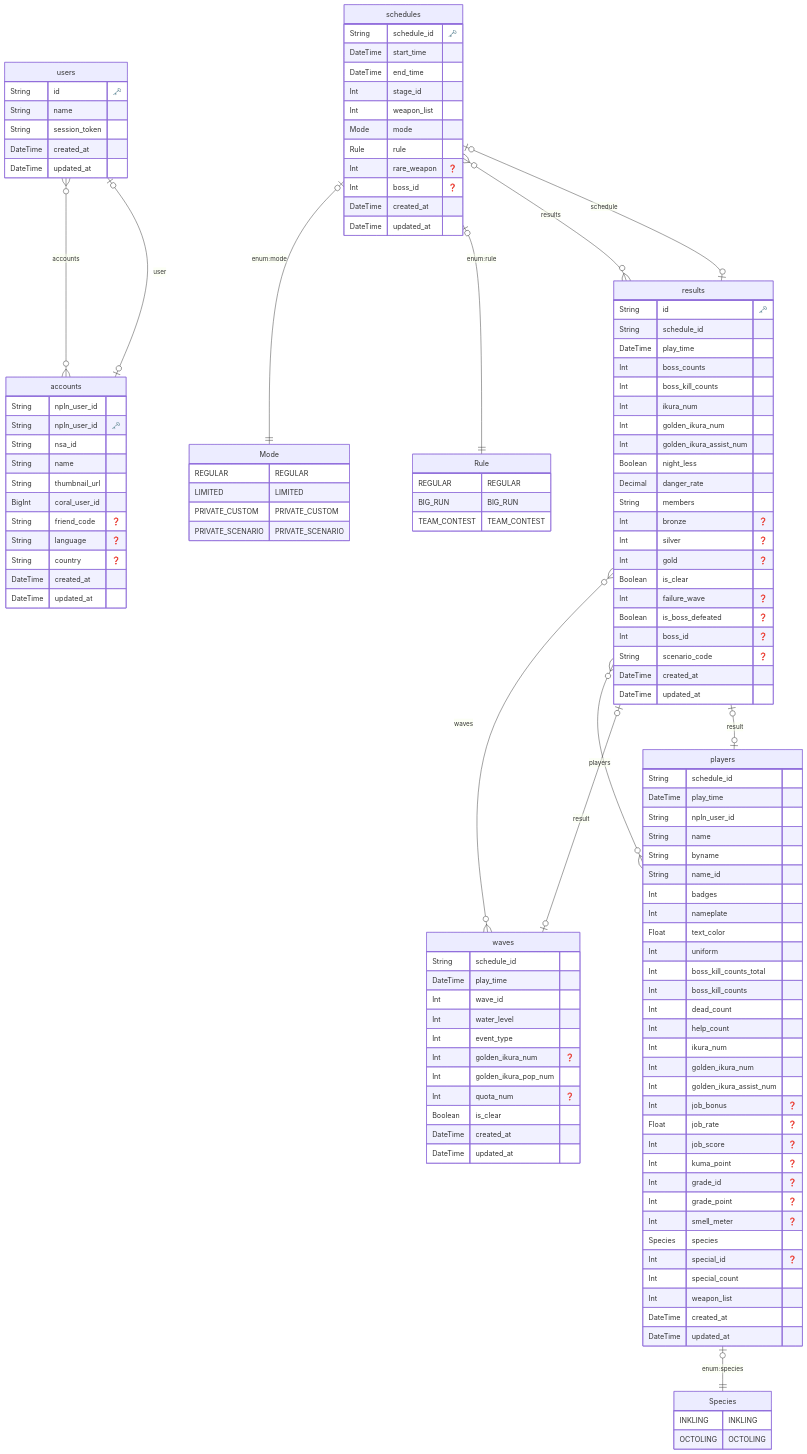
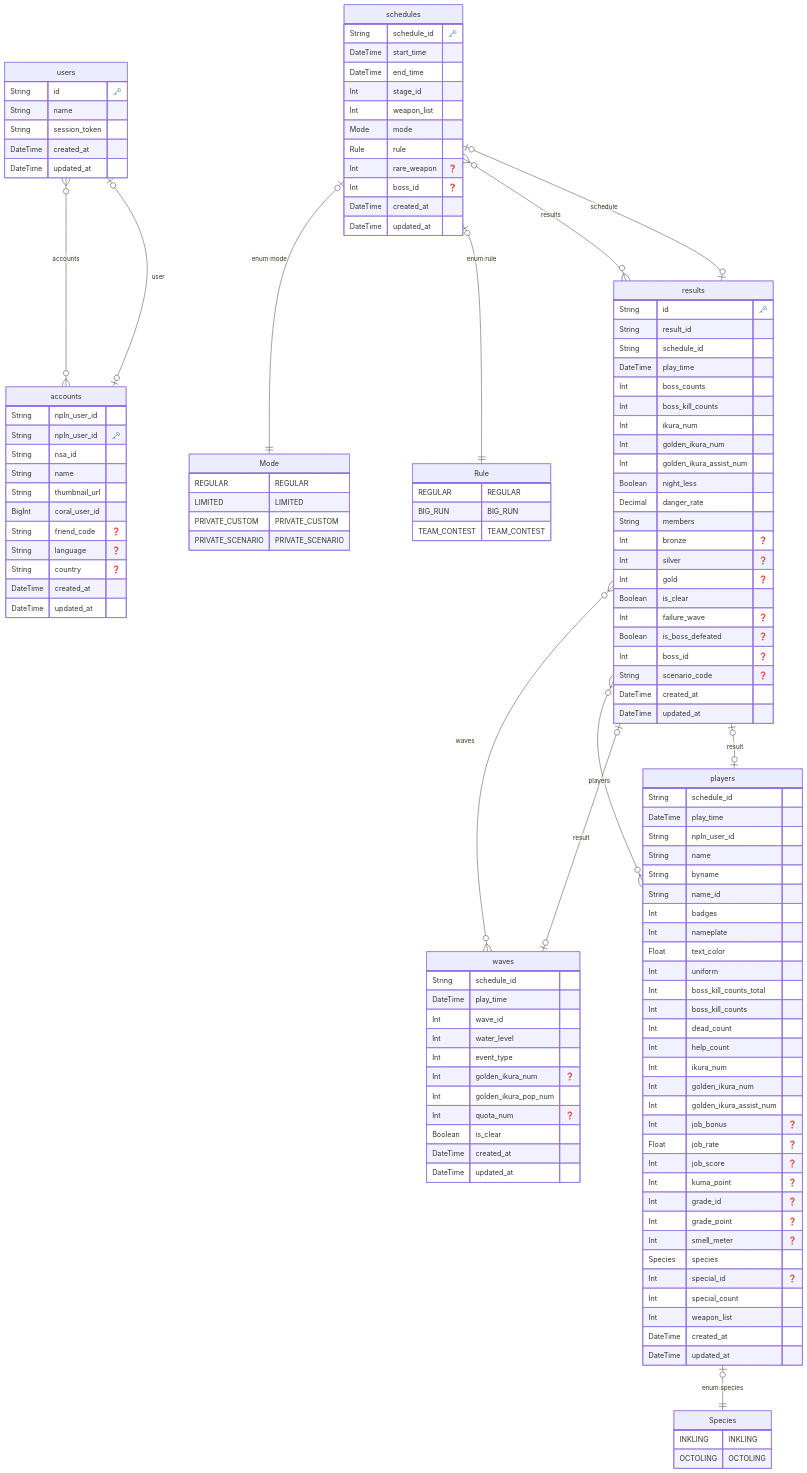
The diagram in prisma/erd.md (salmonstats3/av5ja_stats_api), drawn with Mermaid before and after one commit. The commit also changed 5 other files, not shown here.

```diff
--- a/prisma/erd.md
+++ b/prisma/erd.md
@@ -64,6 +64,7 @@
 
   "results" {
     String id "🗝️"
+    String result_id 
     String schedule_id 
     DateTime play_time 
     Int boss_counts 
```
